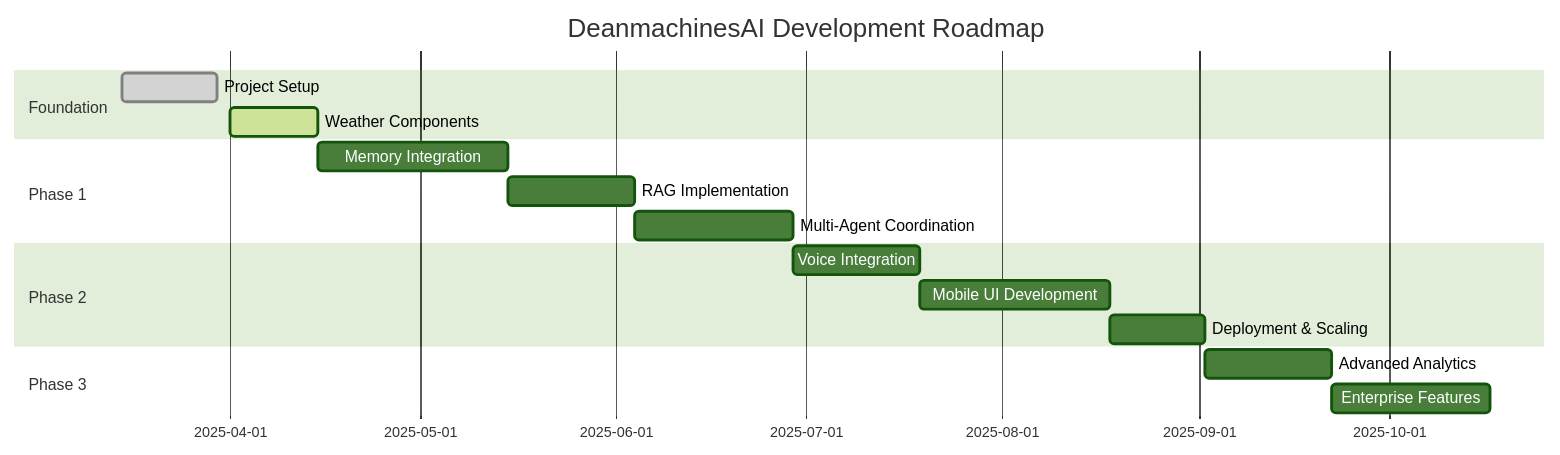
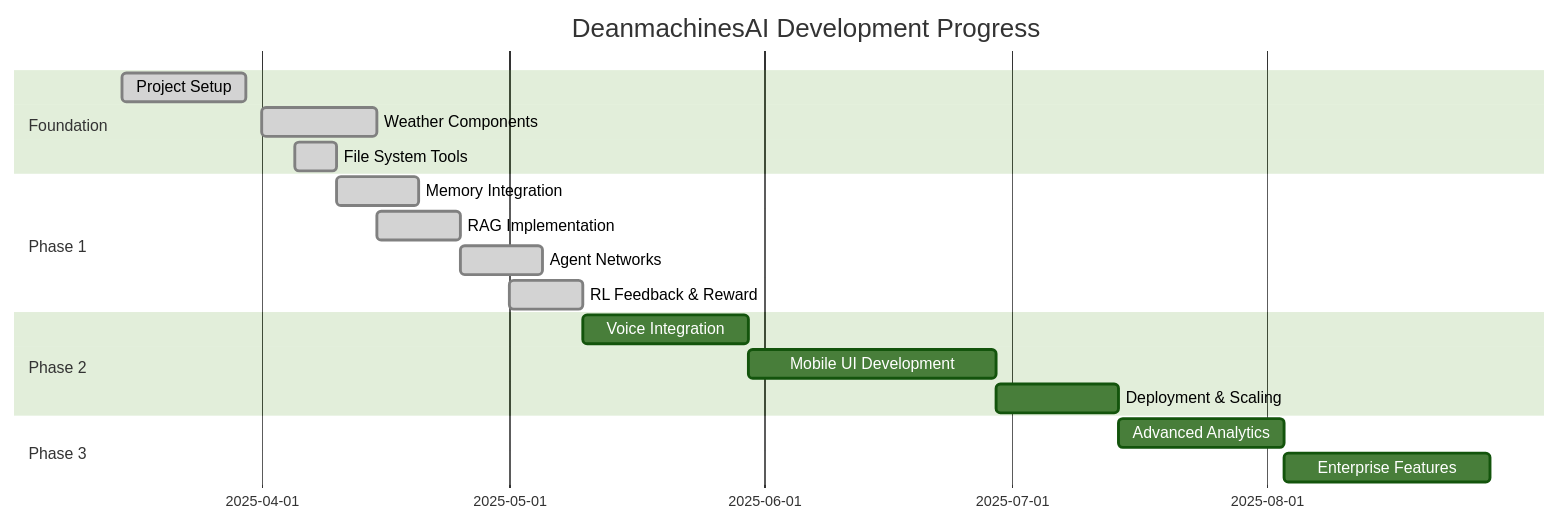
The second of 4 diagrams in README.md (ssdeanx/DeanmachinesAI), drawn with Mermaid (forest theme) before and after one commit. The commit also changed other lines of this file and 3 other files, not shown here.

First line of the commit message:
feat(readme): update project description and architecture details

````diff
--- a/README.md
+++ b/README.md
@@ -53,23 +123,25 @@
 ```mermaid
 gantt
-    title DeanmachinesAI Development Roadmap
+    title DeanmachinesAI Development Progress
     dateFormat  YYYY-MM-DD
 
     section Foundation
     Project Setup               :done, setup, 2025-03-15, 2025-03-30
-    Weather Components          :active, weather, 2025-04-01, 2025-04-15
+    Weather Components          :done, weather, 2025-04-01, 2025-04-15
+    File System Tools           :done, files, 2025-04-05, 2025-04-10
 
     section Phase 1
-    Memory Integration          :mem, after weather, 30d
-    RAG Implementation          :rag, after mem, 20d
-    Multi-Agent Coordination    :agents, after rag, 25d
+    Memory Integration          :done, mem, 2025-04-10, 2025-04-20
+    RAG Implementation          :done, rag, 2025-04-15, 2025-04-25
+    Agent Networks              :done, networks, 2025-04-25, 2025-05-05
+    RL Feedback & Reward        :done, rl, 2025-05-01, 2025-05-10
 
     section Phase 2
-    Voice Integration           :voice, after agents, 20d
+    Voice Integration           :voice, after rl, 20d
     Mobile UI Development       :mobile, after voice, 30d
     Deployment & Scaling        :deploy, after mobile, 15d
 
     section Phase 3
     Advanced Analytics          :analytics, after deploy, 20d
     Enterprise Features         :enterprise, after analytics, 25d
 ```
````
